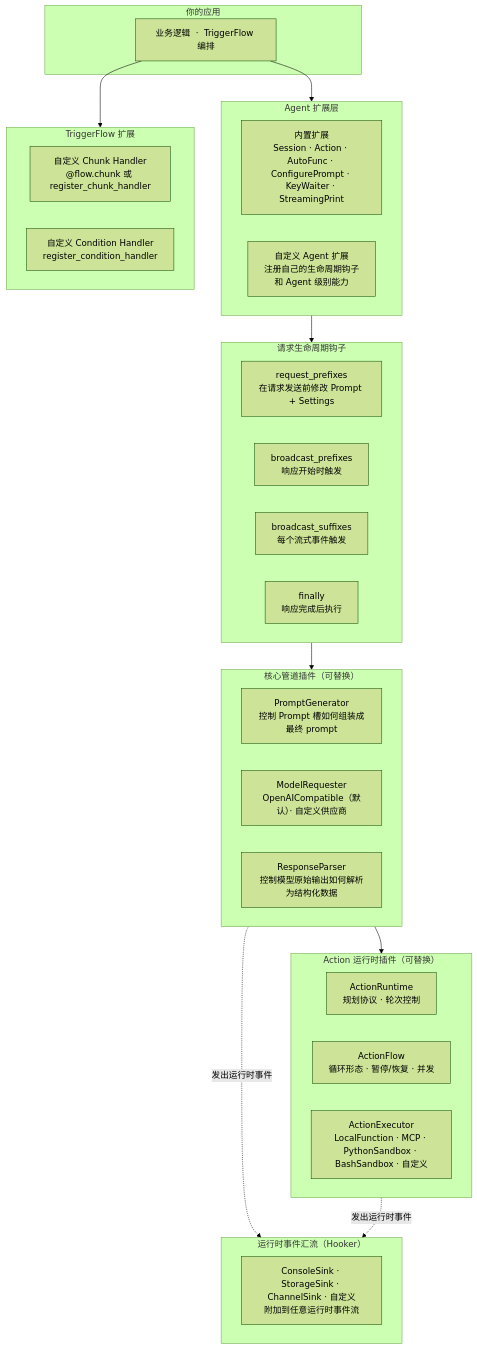
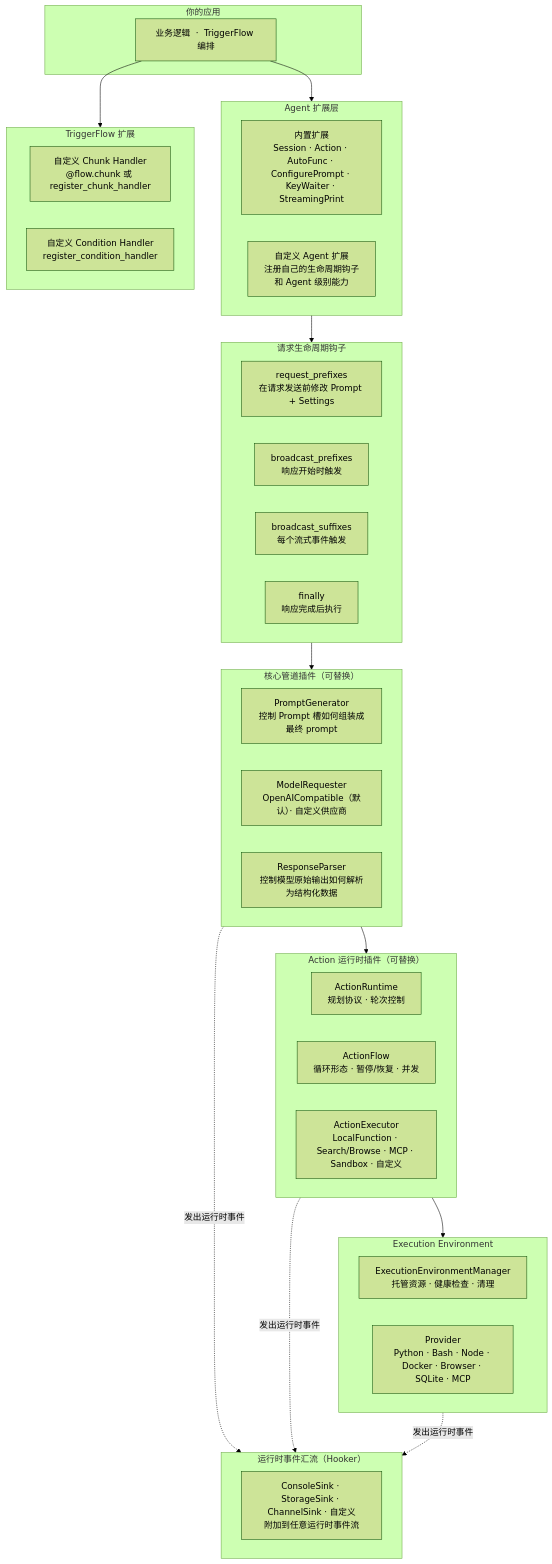
The fifth of 5 diagrams in README_CN.md (bit-cook/Agently), drawn with Mermaid (forest theme) before and after one commit. The commit also changed other lines of this file and 5 other files, not shown here.

````diff
--- a/README_CN.md
+++ b/README_CN.md
@@ -506,47 +537,54 @@
 ```mermaid
 graph TB
     subgraph USER["你的应用"]
         App["业务逻辑  ·  TriggerFlow 编排"]
     end
 
     subgraph AGENT_EXT["Agent 扩展层"]
         AE["内置扩展\nSession · Action · AutoFunc · ConfigurePrompt · KeyWaiter · StreamingPrint"]
         AEC["自定义 Agent 扩展\n注册自己的生命周期钩子\n和 Agent 级别能力"]
     end
 
     subgraph HOOKS["请求生命周期钩子"]
         H1["request_prefixes\n在请求发送前修改 Prompt + Settings"]
         H2["broadcast_prefixes\n响应开始时触发"]
         H3["broadcast_suffixes\n每个流式事件触发"]
         H4["finally\n响应完成后执行"]
     end
 
     subgraph CORE_PIPELINE["核心管道插件（可替换）"]
         PG["PromptGenerator\n控制 Prompt 槽如何组装成最终 prompt"]
         MR["ModelRequester\nOpenAICompatible（默认）· 自定义供应商"]
         RP["ResponseParser\n控制模型原始输出如何解析为结构化数据"]
     end
 
     subgraph ACTION_STACK["Action 运行时插件（可替换）"]
         AR["ActionRuntime\n规划协议 · 轮次控制"]
         AF["ActionFlow\n循环形态 · 暂停/恢复 · 并发"]
-        AX["ActionExecutor\nLocalFunction · MCP · PythonSandbox · BashSandbox · 自定义"]
+        AX["ActionExecutor\nLocalFunction · Search/Browse · MCP · Sandbox · 自定义"]
+    end
+
+    subgraph ENV_STACK["Execution Environment"]
+        EE["ExecutionEnvironmentManager\n托管资源 · 健康检查 · 清理"]
+        EP["Provider\nPython · Bash · Node · Docker · Browser · SQLite · MCP"]
     end
 
     subgraph TF_EXT["TriggerFlow 扩展"]
         TC["自定义 Chunk Handler\n@flow.chunk 或 register_chunk_handler"]
         TCC["自定义 Condition Handler\nregister_condition_handler"]
     end
 
     subgraph HOOKERS["运行时事件汇流（Hooker）"]
         RH["ConsoleSink · StorageSink · ChannelSink · 自定义\n附加到任意运行时事件流"]
     end
 
     App --> AGENT_EXT
     AGENT_EXT --> HOOKS
     HOOKS --> CORE_PIPELINE
     CORE_PIPELINE --> ACTION_STACK
+    ACTION_STACK --> ENV_STACK
     App --> TF_EXT
     CORE_PIPELINE -.->|"发出运行时事件"| HOOKERS
     ACTION_STACK -.->|"发出运行时事件"| HOOKERS
+    ENV_STACK -.->|"发出运行时事件"| HOOKERS
 ```
````
